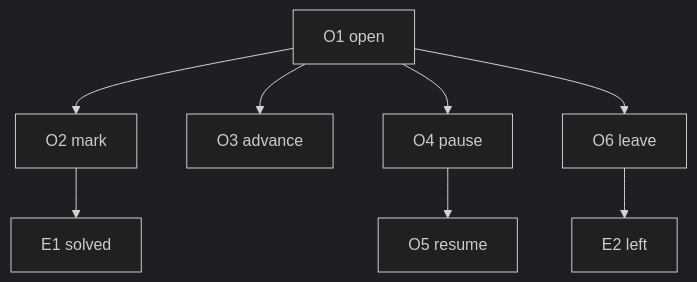
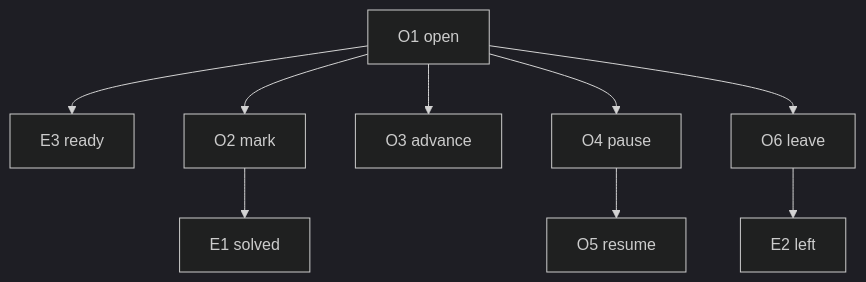
Before and after one commit to waigore/simplenono: the diagram in specs/technical/contracts/attempt.md, drawn with Mermaid (dark theme). The commit also changed other lines of this file and 5 other files, not shown here.

First line of the commit message:
Capture the open sequence through the ready event.

````diff
--- a/specs/technical/contracts/attempt.md
+++ b/specs/technical/contracts/attempt.md
@@ -47,10 +48,11 @@
 ```mermaid
 flowchart TD
-  O1[O1 open] --> O2[O2 mark]
+  O1[O1 open] --> E3[E3 ready]
+  O1 --> O2[O2 mark]
   O1 --> O3[O3 advance]
   O1 --> O4[O4 pause]
   O4 --> O5[O5 resume]
   O2 --> E1[E1 solved]
   O1 --> O6[O6 leave]
   O6 --> E2[E2 left]
 ```
````
